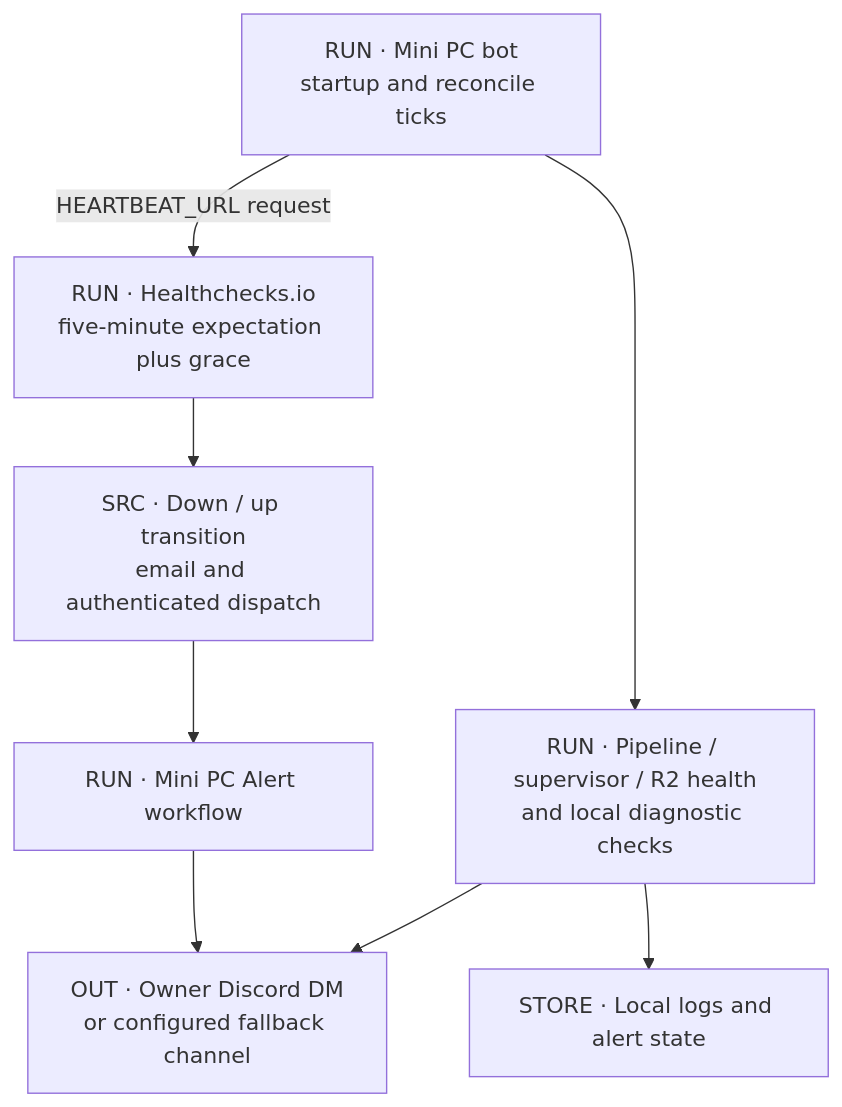
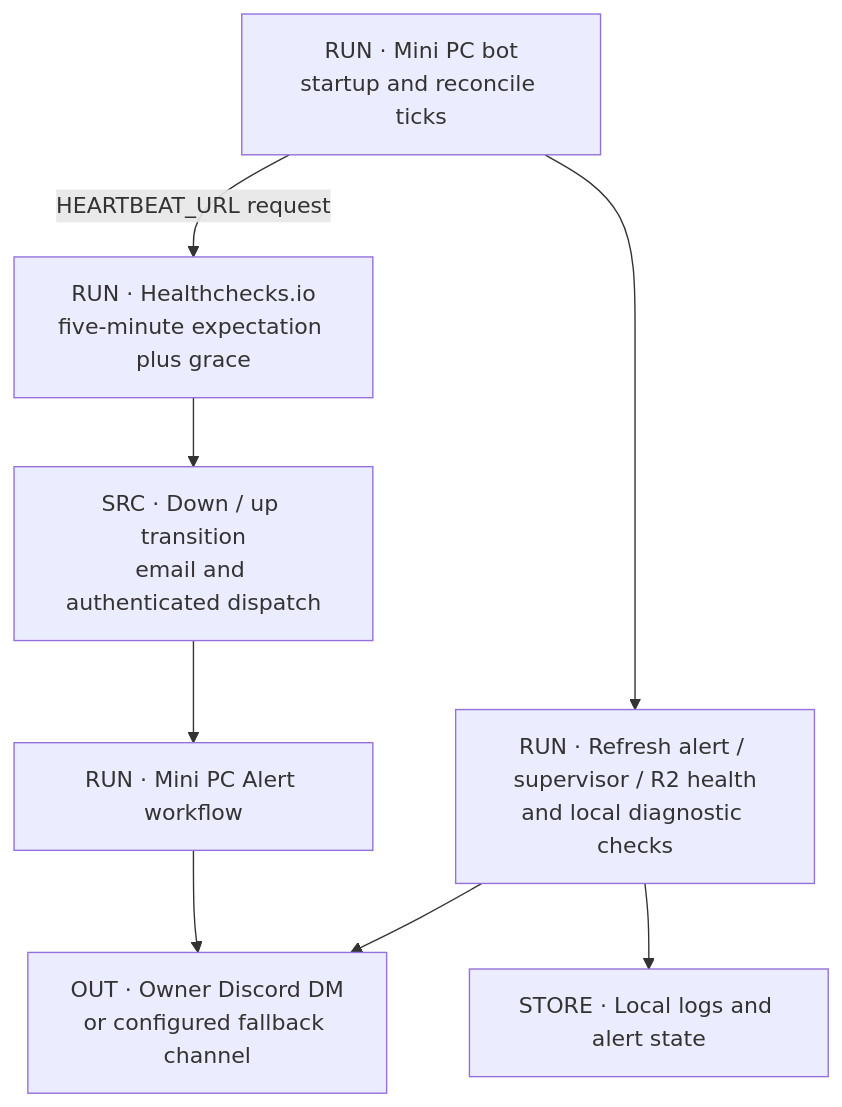
Before and after one commit to raymdl/kdm-bf6-rankings: the fourth of 5 diagrams in atlas/OPERATIONS.md, drawn with Mermaid. The commit also changed other lines of this file and 10 other files, not shown here.

````diff
--- a/atlas/OPERATIONS.md
+++ b/atlas/OPERATIONS.md
@@ -122,17 +120,17 @@
 ```mermaid
 flowchart TB
   BOT["RUN · Mini PC bot<br/>startup and reconcile ticks"]
   HC["RUN · Healthchecks.io<br/>five-minute expectation plus grace"]
   EVENT["SRC · Down / up transition<br/>email and authenticated dispatch"]
   CI["RUN · Mini PC Alert workflow"]
   DM["OUT · Owner Discord DM<br/>or configured fallback channel"]
-  LOCAL["RUN · Pipeline / supervisor / R2 health<br/>and local diagnostic checks"]
+  LOCAL["RUN · Refresh alert / supervisor / R2 health<br/>and local diagnostic checks"]
   LOG["STORE · Local logs and alert state"]
   BOT -->|"HEARTBEAT_URL request"| HC
   HC --> EVENT
   EVENT --> CI
   CI --> DM
   BOT --> LOCAL
   LOCAL --> DM
   LOCAL --> LOG
 ```
````
